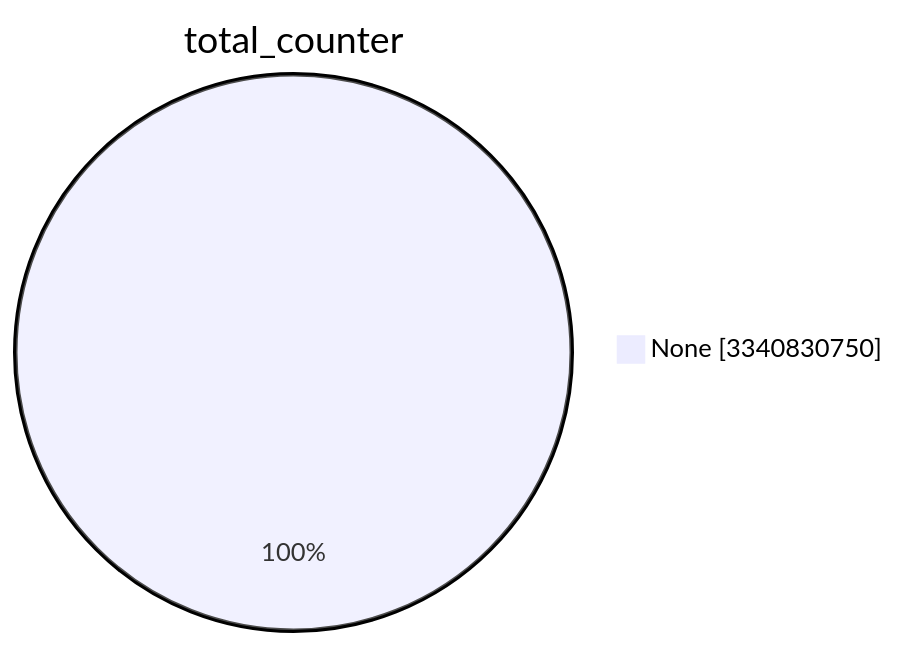
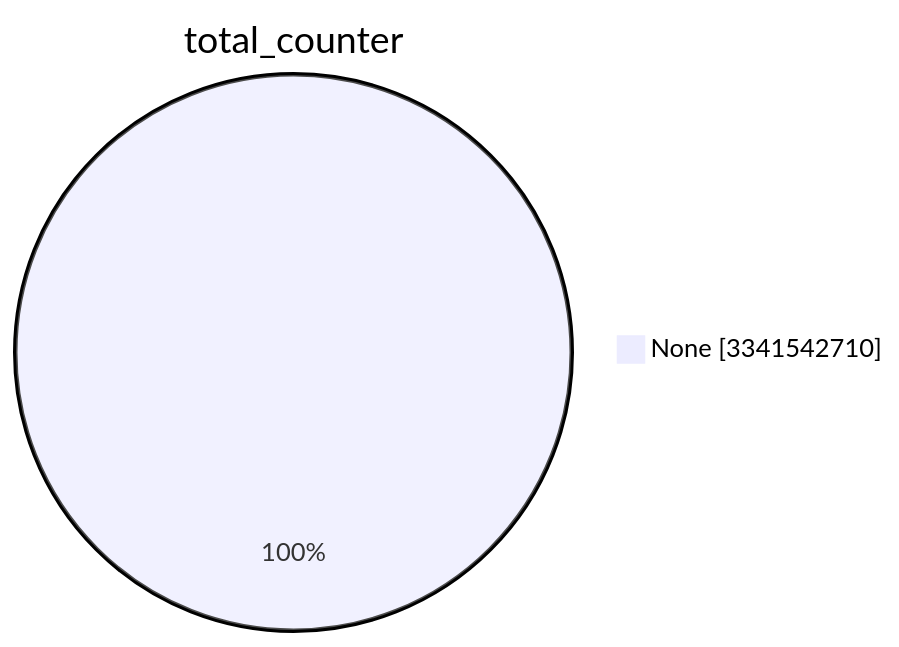
One commit to christiankrug/ctmonitor_visualization changed the first of 15 diagrams in TOTAL/README.md. Above: the diagram before and after it, drawn with Mermaid. The commit also changed other lines of this file, not shown here.

````diff
--- a/TOTAL/README.md
+++ b/TOTAL/README.md
@@ -1,5 +1,5 @@
 ```mermaid
 pie showData
 title total_counter
-"None" :3340830750
+"None" :3341542710
 ```
````
